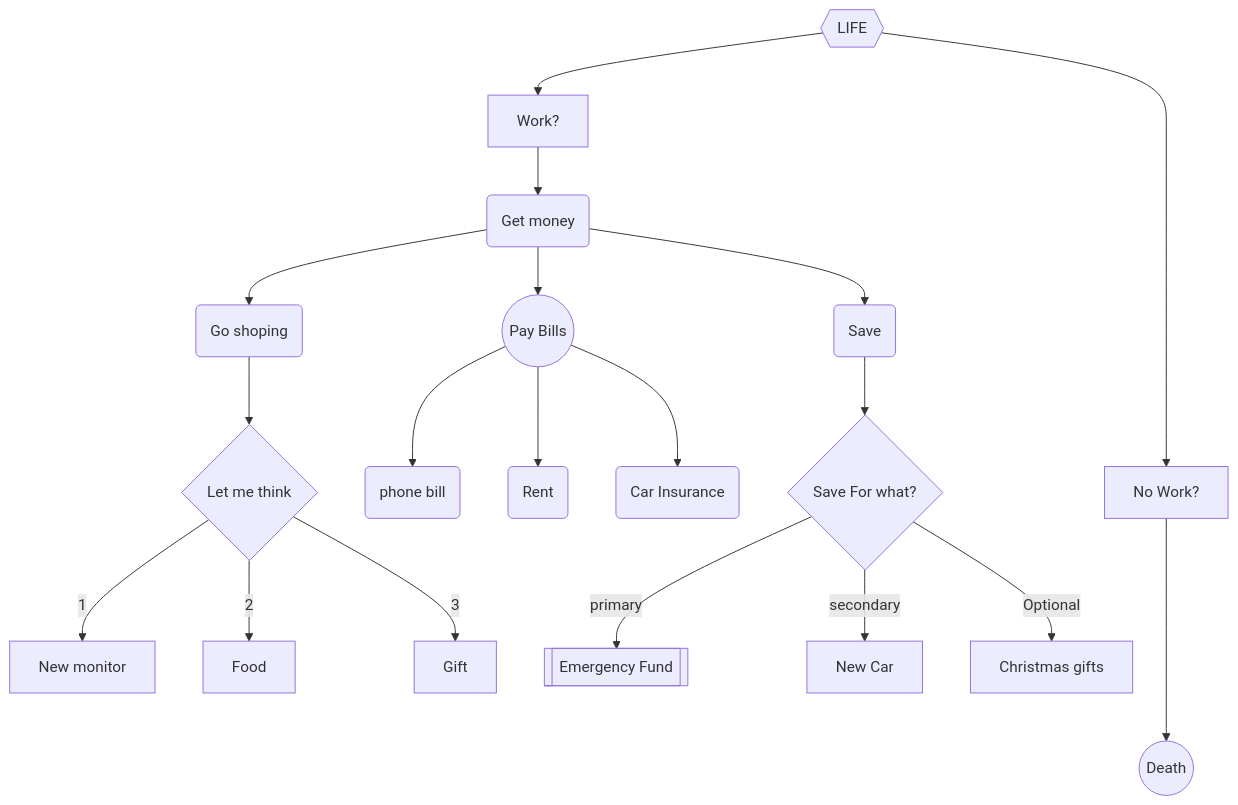
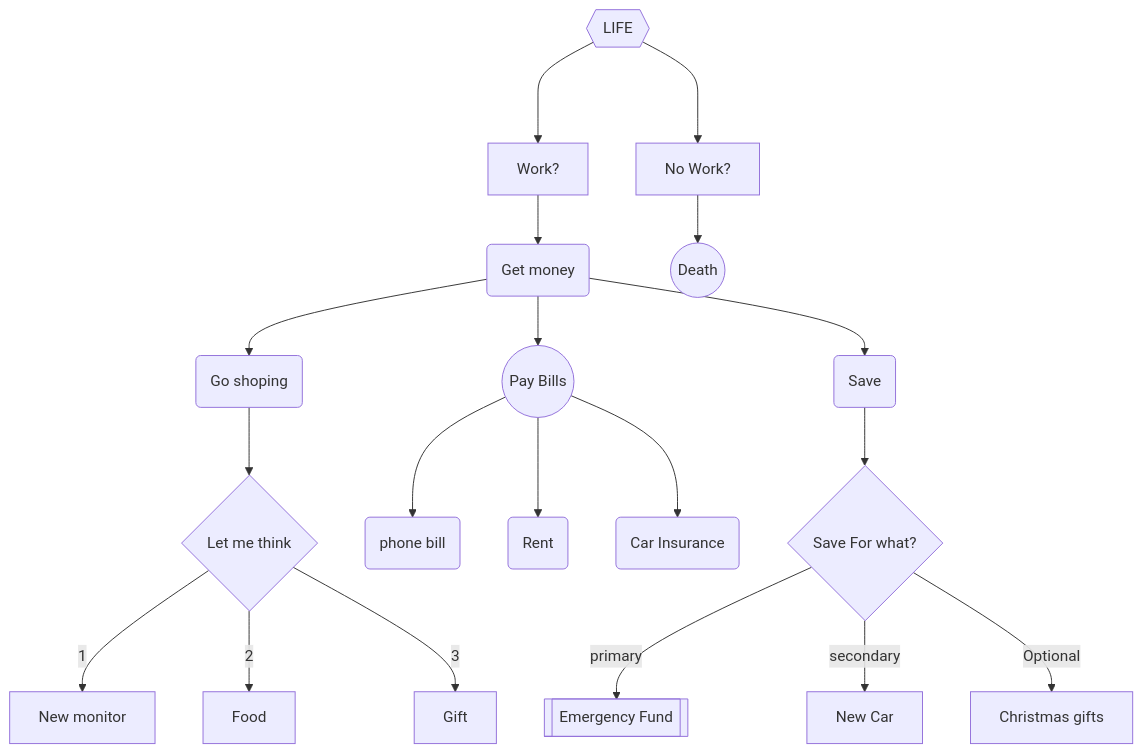
Before and after one commit to Epperezmoreno/epperezmoreno.github.io: the diagram in Diagram.md, drawn with Mermaid.

Commit message:
Update Diagram.md
added more - to work and removed - from no work?

````diff
--- a/Diagram.md
+++ b/Diagram.md
@@ -1,24 +1,24 @@
 ```mermaid
 flowchart TD 
-AA{{LIFE}} -->A[Work?] -->B(Get money)
+AA{{LIFE}} --->A[Work?] -->B(Get money)
 B --> C(Go shoping)
 B --> D((Pay Bills))
 B --> E(Save)
 C --> F{Let me think}
 F -->|1| G[New monitor]
 F -->|2| H[Food]
 F -->|3| I[Gift]
 
 D --> J(phone bill)
 D --> K(Rent)
 D --> M(Car Insurance)
 
 E --> N{Save For what?}
 N --> |primary| O[[Emergency Fund]]
 N --> |secondary| P[New Car]
 N --> |Optional| Q[Christmas gifts]
 
-AA ----->X[No Work?]
-X --->L((Death))
+AA --->X[No Work?]
+X -->L((Death))
 
 ```
````
